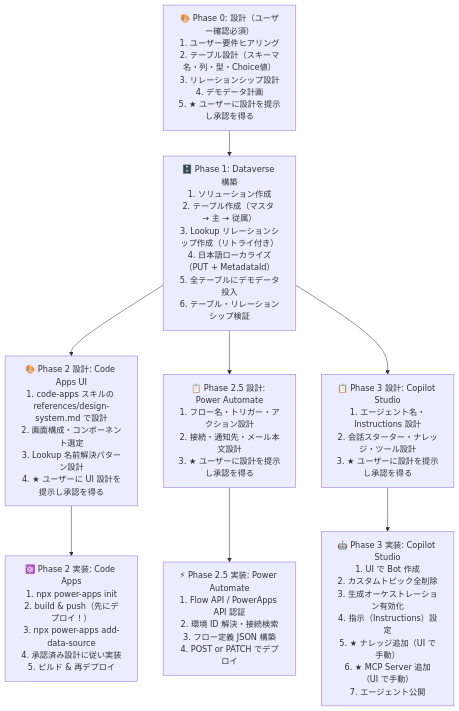
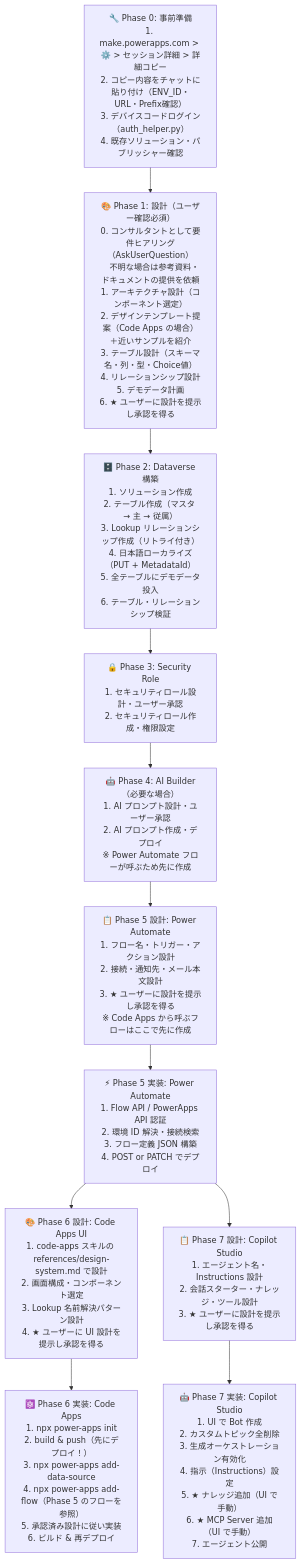
One commit to geekfujiwara/CodeAppsDevelopmentStandard changed the diagram in .github/skills/standard/references/power-platform-development-standard.md. Above: the diagram before and after it, drawn with Mermaid. The commit also changed other lines of this file and 13 other files, not shown here.

Commit message:
remove CodeAppsStarter dependency from new theme workflow (#182)

````diff
--- a/.github/skills/standard/references/power-platform-development-standard.md
+++ b/.github/skills/standard/references/power-platform-development-standard.md
@@ -1449,23 +1449,29 @@
 ```mermaid
 flowchart TD
-    P0["🎨 Phase 0: 設計（ユーザー確認必須）\n1. ユーザー要件ヒアリング\n2. テーブル設計（スキーマ名・列・型・Choice値）\n3. リレーションシップ設計\n4. デモデータ計画\n5. ★ ユーザーに設計を提示し承認を得る"]
+    P0["🔧 Phase 0: 事前準備\n1. make.powerapps.com > ⚙️ > セッション詳細 > 詳細コピー\n2. コピー内容をチャットに貼り付け（ENV_ID・URL・Prefix確認）\n3. デバイスコードログイン（auth_helper.py）\n4. 既存ソリューション・パブリッシャー確認"]
 
-    P1["🗄️ Phase 1: Dataverse 構築\n1. ソリューション作成\n2. テーブル作成（マスタ → 主 → 従属）\n3. Lookup リレーションシップ作成（リトライ付き）\n4. 日本語ローカライズ（PUT + MetadataId）\n5. 全テーブルにデモデータ投入\n6. テーブル・リレーションシップ検証"]
+    P1["🎨 Phase 1: 設計（ユーザー確認必須）\n0. コンサルタントとして要件ヒアリング（AskUserQuestion）\n   不明な場合は参考資料・ドキュメントの提供を依頼\n1. アーキテクチャ設計（コンポーネント選定）\n2. デザインテンプレート提案（Code Apps の場合）＋近いサンプルを紹介\n3. テーブル設計（スキーマ名・列・型・Choice値）\n4. リレーションシップ設計\n5. デモデータ計画\n6. ★ ユーザーに設計を提示し承認を得る"]
 
-    P2D["🎨 Phase 2 設計: Code Apps UI\n1. code-apps スキルの references/design-system.md で設計\n2. 画面構成・コンポーネント選定\n3. Lookup 名前解決パターン設計\n4. ★ ユーザーに UI 設計を提示し承認を得る"]
+    P2["🗄️ Phase 2: Dataverse 構築\n1. ソリューション作成\n2. テーブル作成（マスタ → 主 → 従属）\n3. Lookup リレーションシップ作成（リトライ付き）\n4. 日本語ローカライズ（PUT + MetadataId）\n5. 全テーブルにデモデータ投入\n6. テーブル・リレーションシップ検証"]
 
-    P2["⚛️ Phase 2 実装: Code Apps\n1. npx power-apps init\n2. build & push（先にデプロイ！）\n3. npx power-apps add-data-source\n4. 承認済み設計に従い実装\n5. ビルド & 再デプロイ"]
+    P3["🔒 Phase 3: Security Role\n1. セキュリティロール設計・ユーザー承認\n2. セキュリティロール作成・権限設定"]
 
-    P25D["📋 Phase 2.5 設計: Power Automate\n1. フロー名・トリガー・アクション設計\n2. 接続・通知先・メール本文設計\n3. ★ ユーザーに設計を提示し承認を得る"]
+    P4["🤖 Phase 4: AI Builder（必要な場合）\n1. AI プロンプト設計・ユーザー承認\n2. AI プロンプト作成・デプロイ\n※ Power Automate フローが呼ぶため先に作成"]
 
-    P25["⚡ Phase 2.5 実装: Power Automate\n1. Flow API / PowerApps API 認証\n2. 環境 ID 解決・接続検索\n3. フロー定義 JSON 構築\n4. POST or PATCH でデプロイ"]
+    P5D["📋 Phase 5 設計: Power Automate\n1. フロー名・トリガー・アクション設計\n2. 接続・通知先・メール本文設計\n3. ★ ユーザーに設計を提示し承認を得る\n※ Code Apps から呼ぶフローはここで先に作成"]
 
-    P3D["📋 Phase 3 設計: Copilot Studio\n1. エージェント名・Instructions 設計\n2. 会話スターター・ナレッジ・ツール設計\n3. ★ ユーザーに設計を提示し承認を得る"]
+    P5["⚡ Phase 5 実装: Power Automate\n1. Flow API / PowerApps API 認証\n2. 環境 ID 解決・接続検索\n3. フロー定義 JSON 構築\n4. POST or PATCH でデプロイ"]
 
-    P3["🤖 Phase 3 実装: Copilot Studio\n1. UI で Bot 作成\n2. カスタムトピック全削除\n3. 生成オーケストレーション有効化\n4. 指示（Instructions）設定\n5. ★ ナレッジ追加（UI で手動）\n6. ★ MCP Server 追加（UI で手動）\n7. エージェント公開"]
+    P6D["🎨 Phase 6 設計: Code Apps UI\n1. code-apps スキルの references/design-system.md で設計\n2. 画面構成・コンポーネント選定\n3. Lookup 名前解決パターン設計\n4. ★ ユーザーに UI 設計を提示し承認を得る"]
 
-    P0 --> P1
-    P1 --> P2D --> P2
-    P1 --> P25D --> P25
-    P1 --> P3D --> P3
+    P6["⚛️ Phase 6 実装: Code Apps\n1. npx power-apps init\n2. build & push（先にデプロイ！）\n3. npx power-apps add-data-source\n4. npx power-apps add-flow（Phase 5 のフローを参照）\n5. 承認済み設計に従い実装\n6. ビルド & 再デプロイ"]
+
+    P7D["📋 Phase 7 設計: Copilot Studio\n1. エージェント名・Instructions 設計\n2. 会話スターター・ナレッジ・ツール設計\n3. ★ ユーザーに設計を提示し承認を得る"]
+
+    P7["🤖 Phase 7 実装: Copilot Studio\n1. UI で Bot 作成\n2. カスタムトピック全削除\n3. 生成オーケストレーション有効化\n4. 指示（Instructions）設定\n5. ★ ナレッジ追加（UI で手動）\n6. ★ MCP Server 追加（UI で手動）\n7. エージェント公開"]
+
+    P0 --> P1 --> P2 --> P3 --> P4
+    P4 --> P5D --> P5
+    P5 --> P6D --> P6
+    P5 --> P7D --> P7
 ```
````
